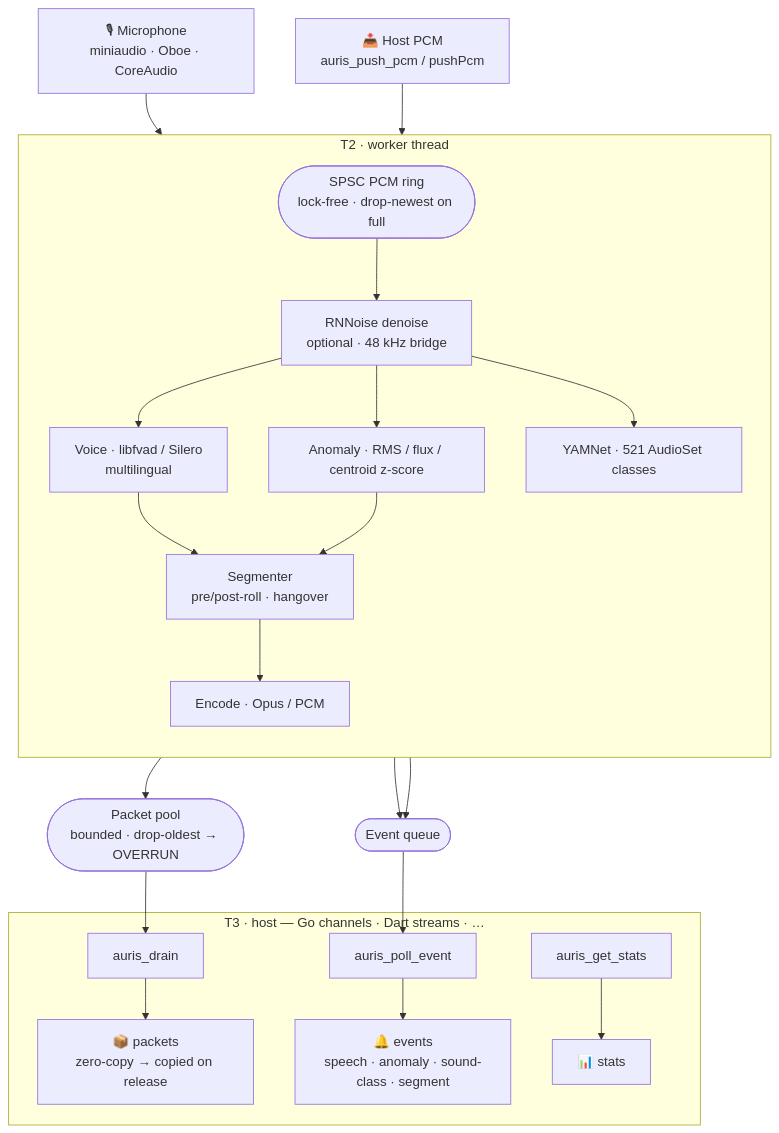
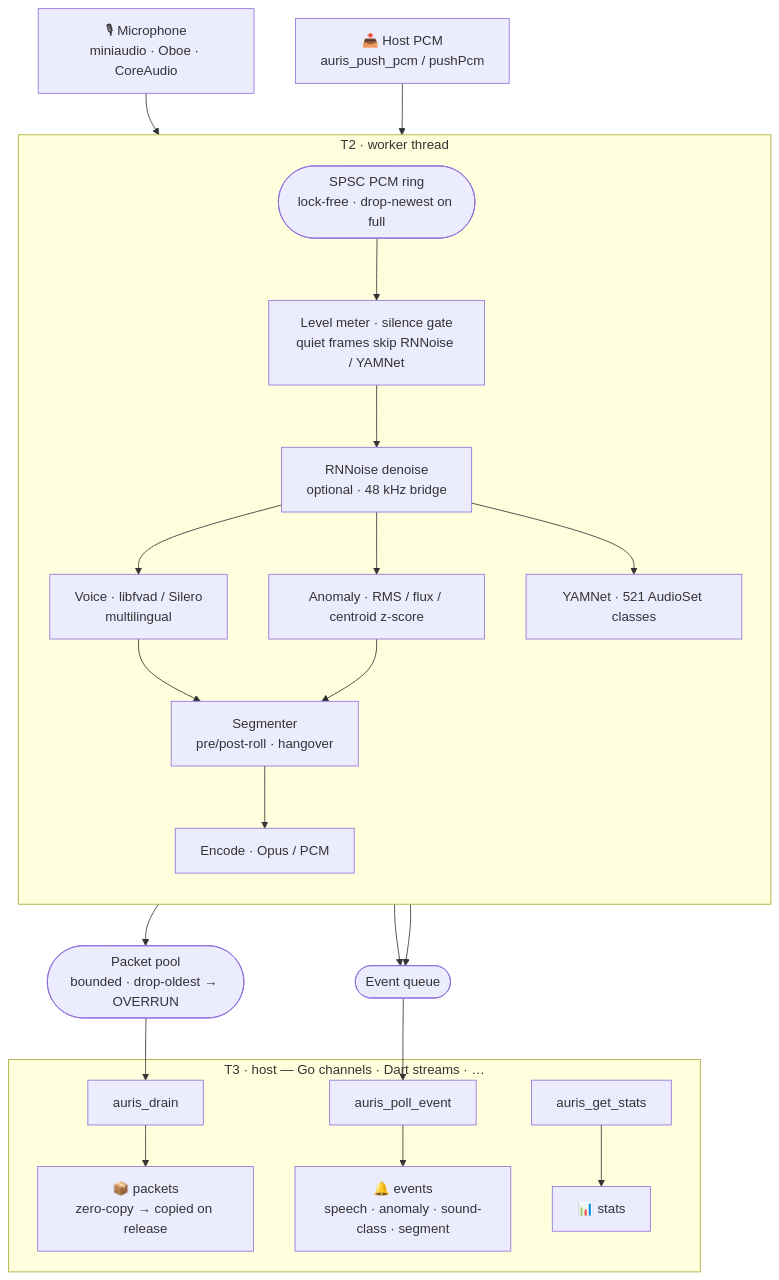
The diagram in README.md (Crdzbird/MockingBird), drawn with Mermaid before and after one commit. The commit also changed other lines of this file and 24 other files, not shown here.

````diff
--- a/README.md
+++ b/README.md
@@ -59,30 +64,31 @@
 ```mermaid
 flowchart TB
     MIC["🎙 Microphone<br/>miniaudio · Oboe · CoreAudio"] --> RING
     HOST["📥 Host PCM<br/>auris_push_pcm / pushPcm"] --> RING
     RING(["SPSC PCM ring<br/>lock-free · drop-newest on full"])
 
     subgraph WORKER["T2 · worker thread"]
         direction TB
-        RING --> RN["RNNoise denoise<br/>optional · 48 kHz bridge"]
+        RING --> LVL["Level meter · silence gate<br/>quiet frames skip RNNoise / YAMNet"]
+        LVL --> RN["RNNoise denoise<br/>optional · 48 kHz bridge"]
         RN --> VAD["Voice · libfvad / Silero<br/>multilingual"]
         RN --> ANO["Anomaly · RMS / flux / centroid z-score"]
         RN --> YAM["YAMNet · 521 AudioSet classes"]
         VAD --> SEG["Segmenter<br/>pre/post-roll · hangover"]
         ANO --> SEG
         SEG --> ENC["Encode · Opus / PCM"]
     end
 
     ENC --> POOL(["Packet pool<br/>bounded · drop-oldest → OVERRUN"])
     SEG --> EVQ(["Event queue"])
     YAM --> EVQ
 
     POOL --> DRAIN["auris_drain"]
     EVQ --> POLL["auris_poll_event"]
 
     subgraph HOSTAPP["T3 · host — Go channels · Dart streams · …"]
         DRAIN --> PKT["📦 packets<br/>zero-copy → copied on release"]
         POLL --> EV["🔔 events<br/>speech · anomaly · sound-class · segment"]
         STATS["auris_get_stats"] --> ST["📊 stats"]
     end
 ```
````
